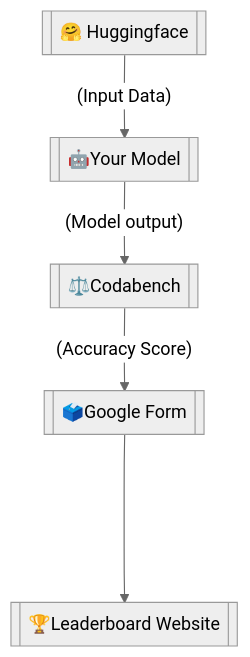
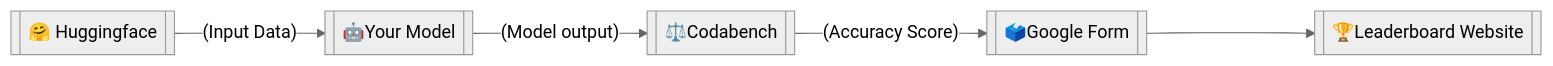
The diagram in README.md (NovelQA/novelqa.github.io), drawn with Mermaid (neutral theme) before and after one commit. The commit also changed other lines of this file, not shown here.

````diff
--- a/README.md
+++ b/README.md
@@ -32,10 +33,10 @@
 ```mermaid
 
-graph TD
+graph LR
 
     A[[🤗 Huggingface]]  --(Input Data)--> B[[🤖Your Model]]
     B --(Model output)--> C[[⚖️Codabench]]
     C --(Accuracy Score)--> D[[🗳️Google Form]]
     D ----> E[[🏆Leaderboard Website]]
 
 ```
````
